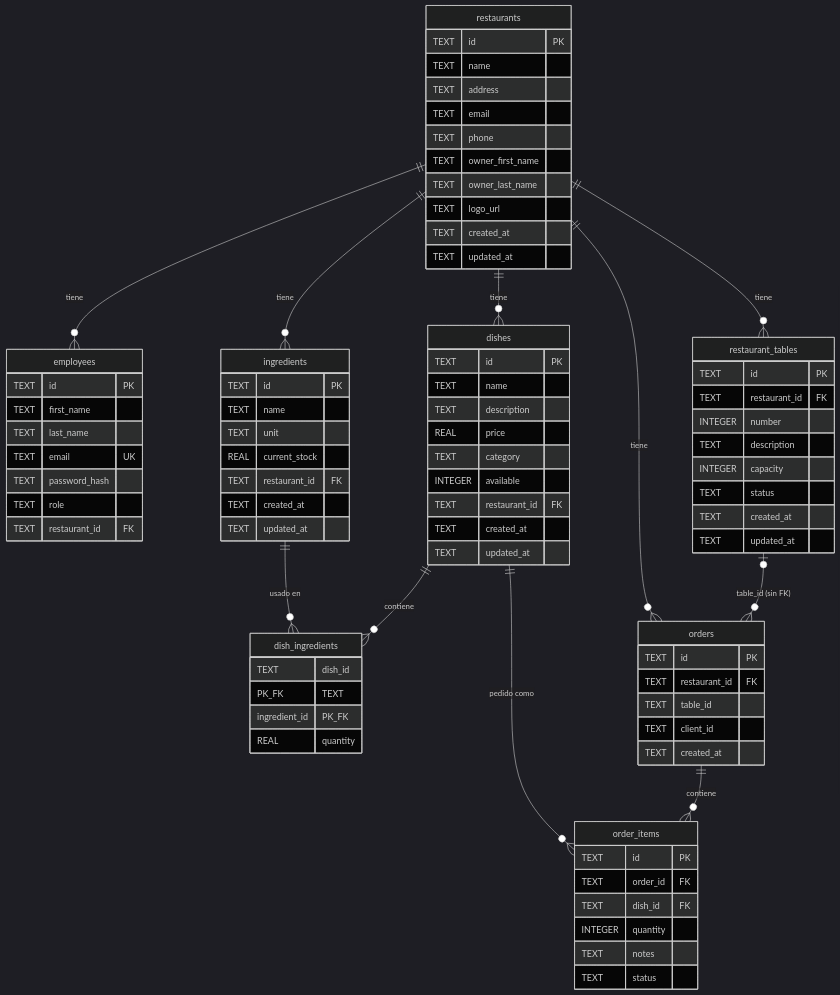
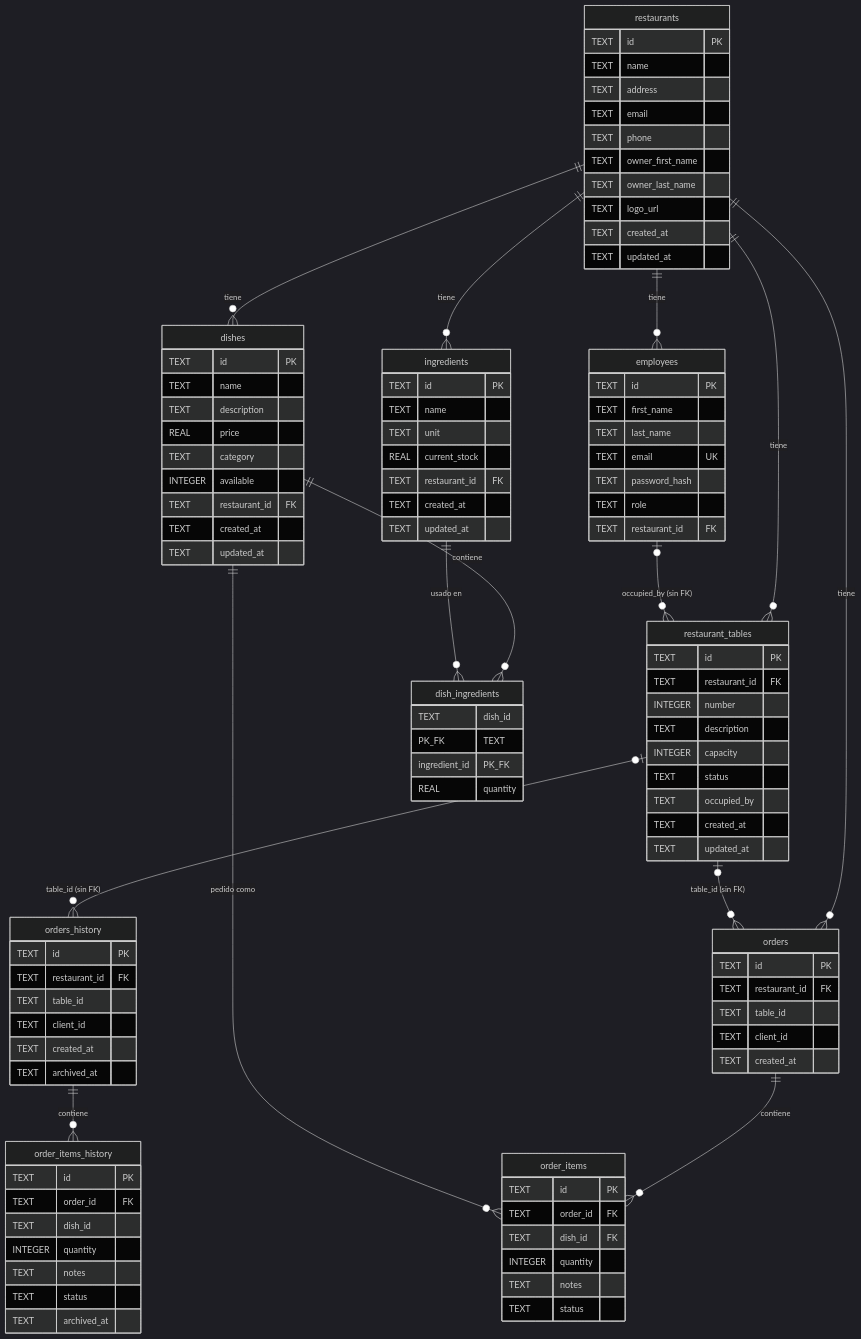
One commit to jacoastur/curso-claude-ed6 changed the diagram in docs/dominio/modelo-datos.md. Above: the diagram before and after it, drawn with Mermaid (dark theme). The commit also changed other lines of this file and 2 other files, not shown here.

```diff
--- a/docs/dominio/modelo-datos.md
+++ b/docs/dominio/modelo-datos.md
@@ -14,6 +14,9 @@
     restaurants ||--o{ orders : "tiene"
     restaurants ||--o{ restaurant_tables : "tiene"
     restaurant_tables |o--o{ orders : "table_id (sin FK)"
+    restaurant_tables |o--o{ orders_history : "table_id (sin FK)"
+    employees |o--o{ restaurant_tables : "occupied_by (sin FK)"
+    orders_history ||--o{ order_items_history : "contiene"
     dishes ||--o{ dish_ingredients : "contiene"
     ingredients ||--o{ dish_ingredients : "usado en"
     orders ||--o{ order_items : "contiene"
@@ -85,8 +88,28 @@
         TEXT description
         INTEGER capacity
         TEXT status
+        TEXT occupied_by
         TEXT created_at
         TEXT updated_at
+    }
+
+    orders_history {
+        TEXT id PK
+        TEXT restaurant_id FK
+        TEXT table_id
+        TEXT client_id
+        TEXT created_at
+        TEXT archived_at
+    }
+
+    order_items_history {
+        TEXT id PK
+        TEXT order_id FK
+        TEXT dish_id
+        INTEGER quantity
+        TEXT notes
+        TEXT status
+        TEXT archived_at
     }
 
     order_items {
```
